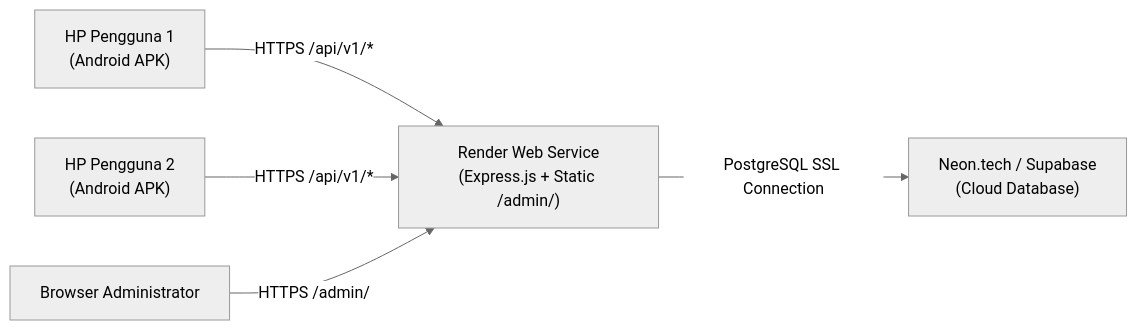
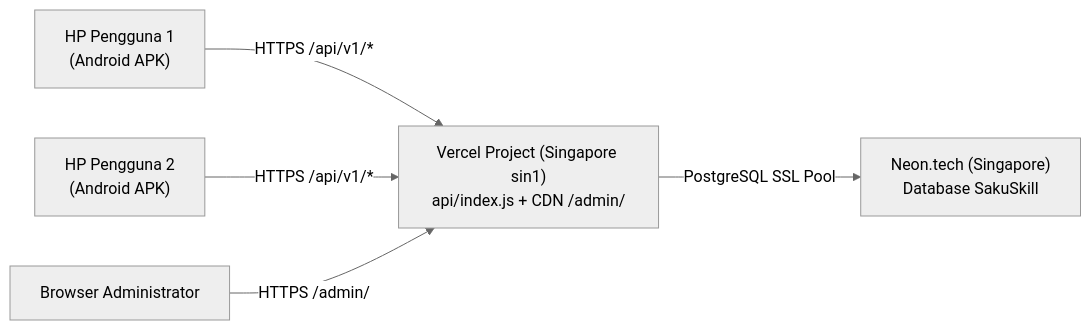
One commit to luminariadev/sakuskill changed the diagram in PANDUAN_DEPLOYMENT_CLOUD_GRATIS.md. Above: the diagram before and after it, drawn with Mermaid (neutral theme). The commit also changed other lines of this file and 7 other files, not shown here.

Commit message:
feat(deploy): add 1-project Vercel serverless + Neon configuration for backend and web admin

````diff
--- a/PANDUAN_DEPLOYMENT_CLOUD_GRATIS.md
+++ b/PANDUAN_DEPLOYMENT_CLOUD_GRATIS.md
@@ -12,7 +13,7 @@
 ```mermaid
 flowchart LR
-    A["HP Pengguna 1\n(Android APK)"] -->|"HTTPS /api/v1/*"| C["Render Web Service\n(Express.js + Static /admin/)"]
+    A["HP Pengguna 1\n(Android APK)"] -->|"HTTPS /api/v1/*"| C["Vercel Project (Singapore sin1)\napi/index.js + CDN /admin/"]
     B["HP Pengguna 2\n(Android APK)"] -->|"HTTPS /api/v1/*"| C
     E["Browser Administrator"] -->|"HTTPS /admin/"| C
-    C -->|"PostgreSQL SSL Connection"| D["Neon.tech / Supabase\n(Cloud Database)"]
+    C -->|"PostgreSQL SSL Pool"| D["Neon.tech (Singapore)\nDatabase SakuSkill"]
 ```
````
